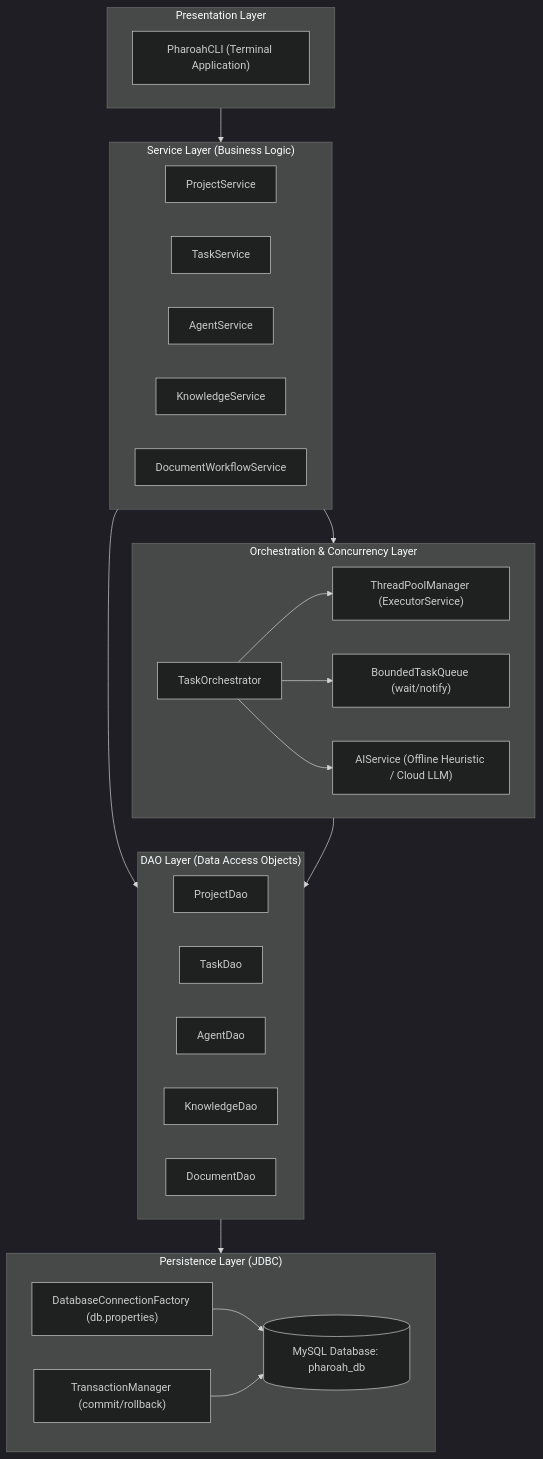
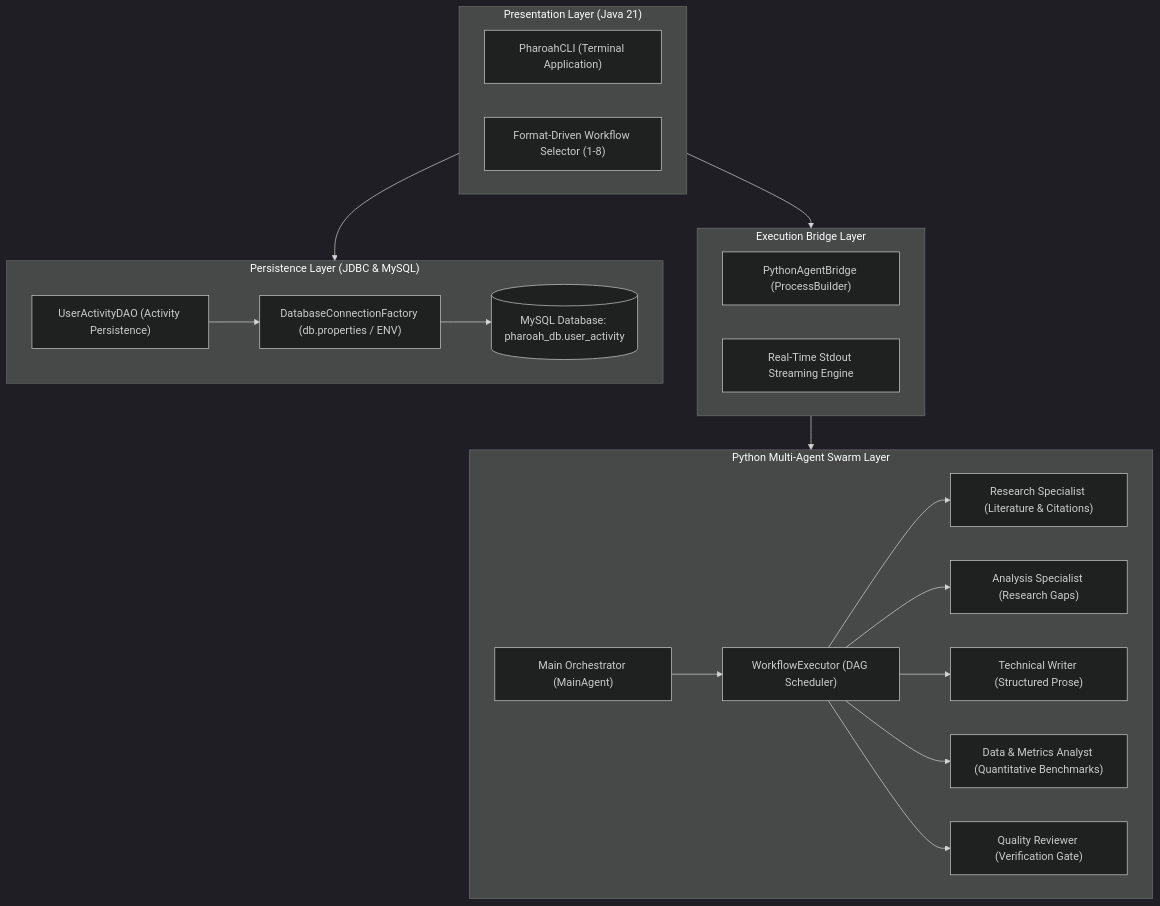
The diagram in ARCHITECTURE.md (YoursIKIGAI/pharoah), drawn with Mermaid (dark theme) before and after one commit. The commit also changed other lines of this file and 35 other files, not shown here.

Commit message:
feat: implement format-driven multi-agent swarm with Python execution bridge and MySQL user activity persistence

````diff
--- a/ARCHITECTURE.md
+++ b/ARCHITECTURE.md
@@ -13,46 +13,42 @@
 ```mermaid
 flowchart TD
-    subgraph Presentation ["Presentation Layer"]
+    subgraph Presentation ["Presentation Layer (Java 21)"]
         CLI["PharoahCLI (Terminal Application)"]
+        MENU["Format-Driven Workflow Selector (1-8)"]
     end
 
-    subgraph Service ["Service Layer (Business Logic)"]
-        PS["ProjectService"]
-        TS["TaskService"]
-        AS["AgentService"]
-        KS["KnowledgeService"]
-        DS["DocumentWorkflowService"]
+    subgraph Bridge ["Execution Bridge Layer"]
+        PB["PythonAgentBridge (ProcessBuilder)"]
+        STREAM["Real-Time Stdout Streaming Engine"]
     end
 
-    subgraph Core ["Orchestration & Concurrency Layer"]
-        ORCH["TaskOrchestrator"]
-        POOL["ThreadPoolManager (ExecutorService)"]
-        QUEUE["BoundedTaskQueue (wait/notify)"]
-        AI["AIService (Offline Heuristic / Cloud LLM)"]
-        ORCH --> POOL
-        ORCH --> QUEUE
-        ORCH --> AI
+    subgraph Swarm ["Python Multi-Agent Swarm Layer"]
+        MO["Main Orchestrator (MainAgent)"]
+        WE["WorkflowExecutor (DAG Scheduler)"]
+        RA["Research Specialist (Literature & Citations)"]
+        AA["Analysis Specialist (Research Gaps)"]
+        WA["Technical Writer (Structured Prose)"]
+        DA["Data & Metrics Analyst (Quantitative Benchmarks)"]
+        QA["Quality Reviewer (Verification Gate)"]
+
+        MO --> WE
+        WE --> RA
+        WE --> AA
+        WE --> WA
+        WE --> DA
+        WE --> QA
     end
 
-    subgraph DAO ["DAO Layer (Data Access Objects)"]
-        PDAO["ProjectDao"]
-        TDAO["TaskDao"]
-        ADAO["AgentDao"]
-        KDAO["KnowledgeDao"]
-        DDAO["DocumentDao"]
+    subgraph Persistence ["Persistence Layer (JDBC & MySQL)"]
+        UDAO["UserActivityDAO (Activity Persistence)"]
+        CF["DatabaseConnectionFactory (db.properties / ENV)"]
+        DB[("MySQL Database: pharoah_db.user_activity")]
+        
+        UDAO --> CF
+        CF --> DB
     end
 
-    subgraph Persistence ["Persistence Layer (JDBC)"]
-        CF["DatabaseConnectionFactory (db.properties)"]
-        TM["TransactionManager (commit/rollback)"]
-        DB[("MySQL Database: pharoah_db")]
-        CF --> DB
-        TM --> DB
-    end
-
-    Presentation --> Service
-    Service --> Core
-    Service --> DAO
-    Core --> DAO
-    DAO --> Persistence
+    Presentation --> Bridge
+    Bridge --> Swarm
+    Presentation --> Persistence
 ```
````
